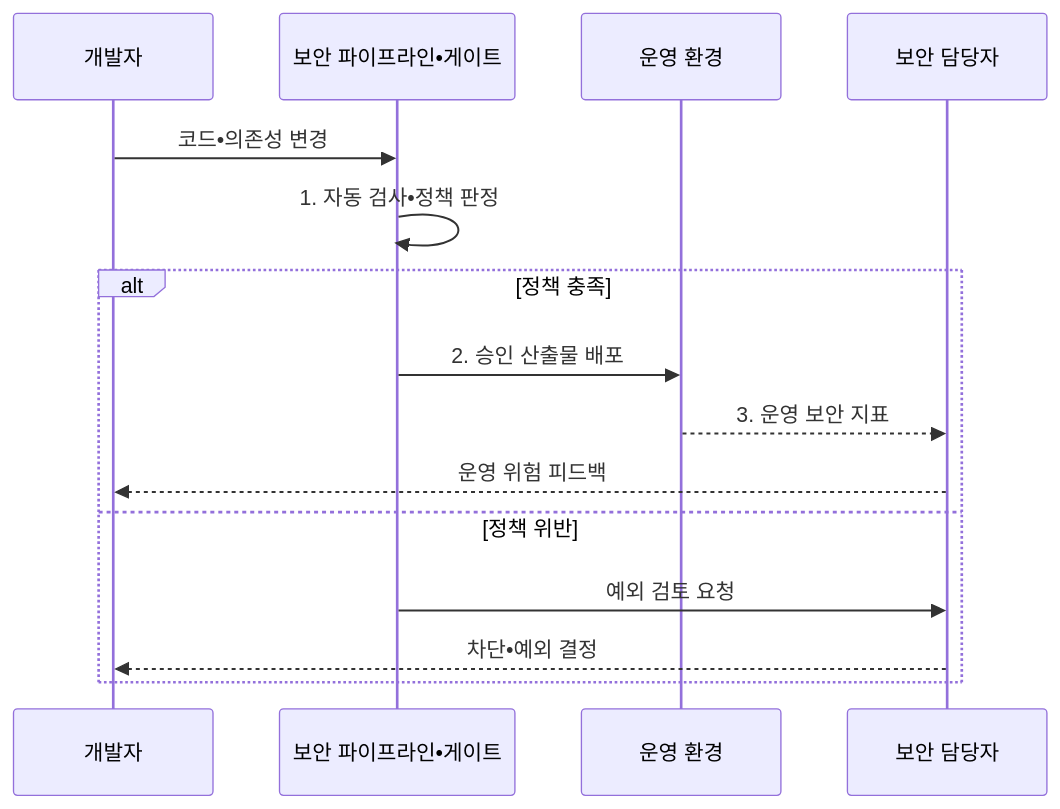
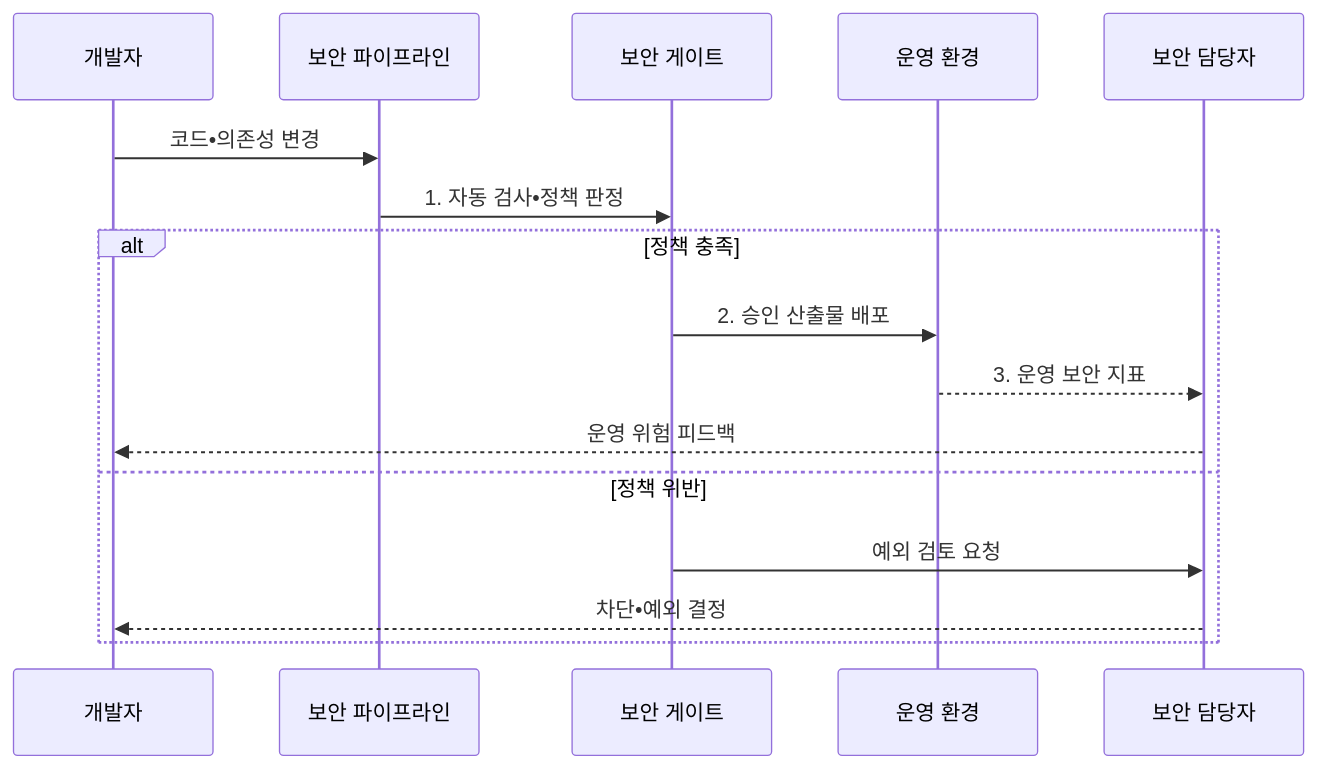
Before and after one commit to agnusdei1207/knowledge-base: the second of 2 diagrams in src/content/docs/notes/03-software/057_devsecops.md, drawn with Mermaid. The commit also changed other lines of this file and 10 other files, not shown here.

````diff
--- a/src/content/docs/notes/03-software/057_devsecops.md
+++ b/src/content/docs/notes/03-software/057_devsecops.md
@@ -105,17 +105,18 @@
 ```mermaid
 sequenceDiagram
     participant D as 개발자
-    participant P as 보안 파이프라인•게이트
+    participant P as 보안 파이프라인
+    participant G as 보안 게이트
     participant E as 운영 환경
     participant S as 보안 담당자
     D->>P: 코드•의존성 변경
-    P->>P: 1. 자동 검사•정책 판정
+    P->>G: 1. 자동 검사•정책 판정
     alt 정책 충족
-        P->>E: 2. 승인 산출물 배포
+        G->>E: 2. 승인 산출물 배포
         E-->>S: 3. 운영 보안 지표
         S-->>D: 운영 위험 피드백
     else 정책 위반
-        P->>S: 예외 검토 요청
+        G->>S: 예외 검토 요청
         S-->>D: 차단•예외 결정
     end
 ```
````
